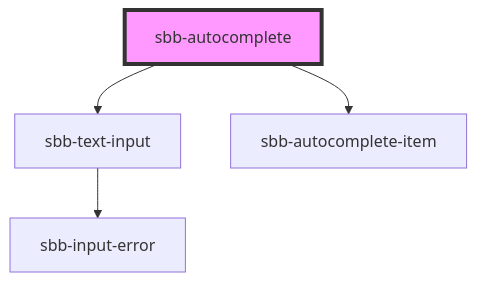
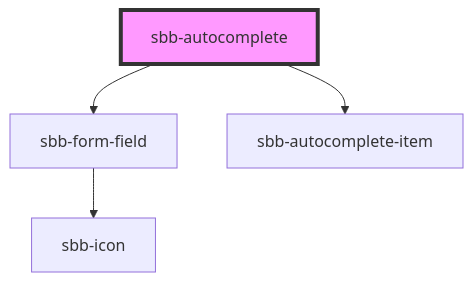
One commit to sbb-design-systems/lyne-components changed the diagram in src/components/sbb-autocomplete/readme.md. Above: the diagram before and after it, drawn with Mermaid. The commit also changed other lines of this file and 35 other files, not shown here.

First line of the commit message:
feat(sbb-form-field): initial implementation (#1303)

````diff
--- a/src/components/sbb-autocomplete/readme.md
+++ b/src/components/sbb-autocomplete/readme.md
@@ -31,7 +31,7 @@
 ```mermaid
 graph TD;
-  sbb-autocomplete --> sbb-text-input
+  sbb-autocomplete --> sbb-form-field
   sbb-autocomplete --> sbb-autocomplete-item
-  sbb-text-input --> sbb-input-error
+  sbb-form-field --> sbb-icon
   style sbb-autocomplete fill:#f9f,stroke:#333,stroke-width:4px
 ```
````
